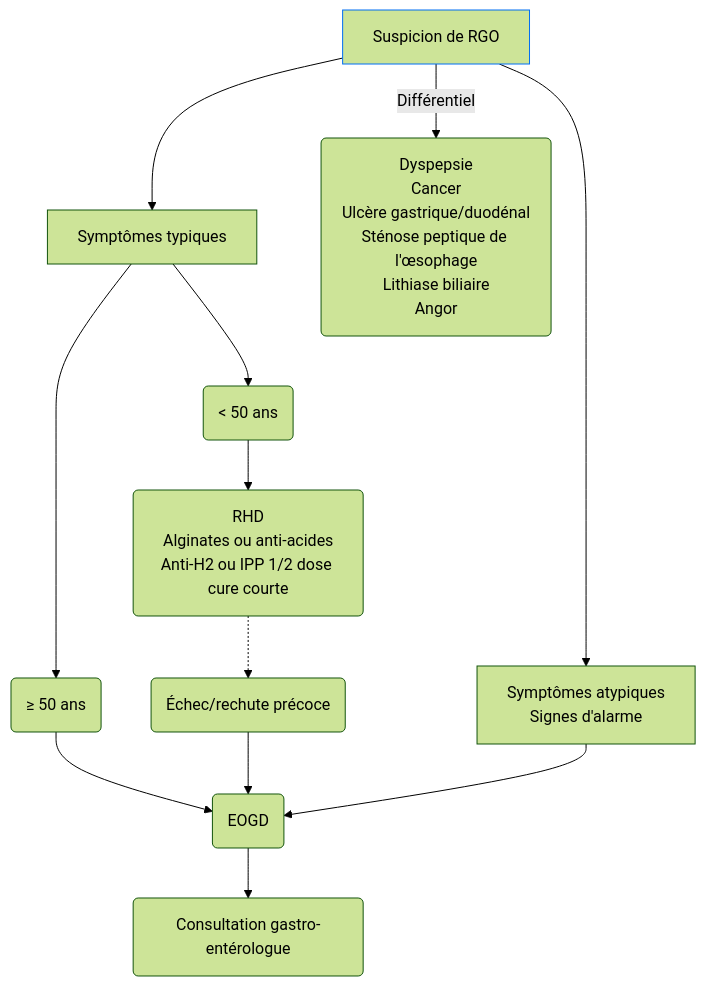
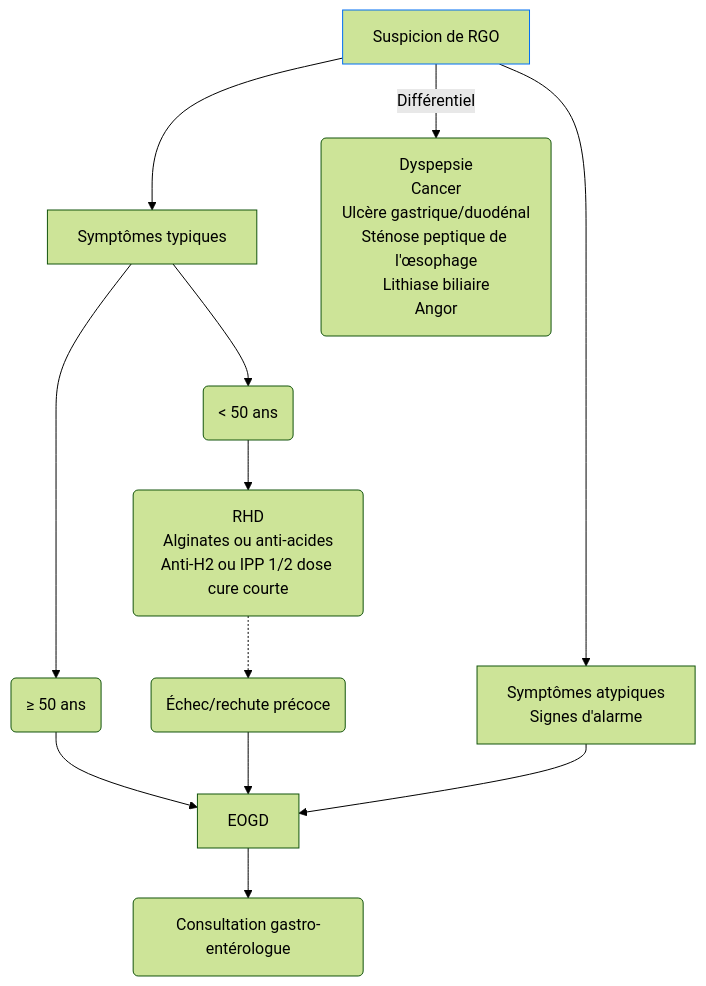
The diagram in content/recommandations/reflux-gastro-oesophagien.md (djibe/recommandations-medicales), drawn with Mermaid (forest theme) before and after one commit. The commit also changed other lines of this file and 6 other files, not shown here.

```diff
--- a/content/recommandations/reflux-gastro-oesophagien.md
+++ b/content/recommandations/reflux-gastro-oesophagien.md
@@ -231,15 +221,15 @@
 {{< mermaid title="Conduite à tenir devant un reflux gastro-œsophagien. Dr JB FRON d'après SNFGE" >}}
 graph TB
   RGO[Suspicion de RGO] --> atypique
   style RGO stroke:#006ef4, stroke-width:1px
   RGO --> typique
-  typique["Symptômes typiques"] --> 50-("&lt; 50 ans")
-  typique --> 50+("#ge; 50 ans")
-    50+ --> EOGD(EOGD)
-    50- --> RHD(RHD<br>Alginates ou anti-acides<br>Anti-H2 ou IPP 1/2 dose cure courte)
-    RHD -.-> typIncomplet(Échec/rechute précoce)
-    typIncomplet --> EOGD
-    EOGD --> csGastro(Consultation gastro-entérologue)
-  atypique[Symptômes atypiques<br>Signes d'alarme] --> EOGD
-  RGO --Différentiel--> differentiel(Dyspepsie<br>Cancer<br>Ulcère gastrique/duodénal<br>Sténose peptique de l'œsophage<br>Lithiase biliaire<br>Angor)
+    typique["Symptômes typiques"] --> 50-("&lt; 50 ans")
+    typique --> 50+("&ge; 50 ans")
+      50+ --> EOGD
+      50- --> RHD("RHD<br>Alginates ou anti-acides<br>Anti-H2 ou IPP 1/2 dose cure courte")
+        RHD -.-> typIncomplet(Échec/rechute précoce)
+          typIncomplet --> EOGD
+        EOGD --> csGastro(Consultation gastro-entérologue)
+    atypique["Symptômes atypiques<br>Signes d'alarme"] --> EOGD
+  RGO -- Différentiel --> differentiel("Dyspepsie<br>Cancer<br>Ulcère gastrique/duodénal<br>Sténose peptique de l'œsophage<br>Lithiase biliaire<br>Angor")
 {{< /mermaid >}}
```
